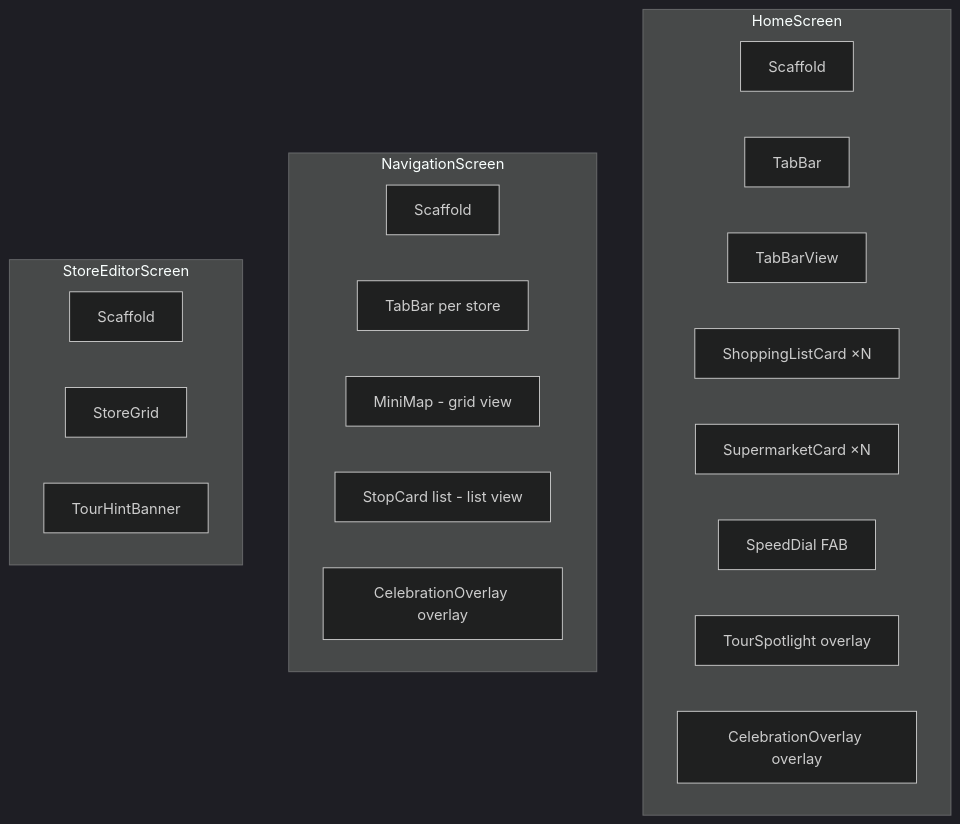
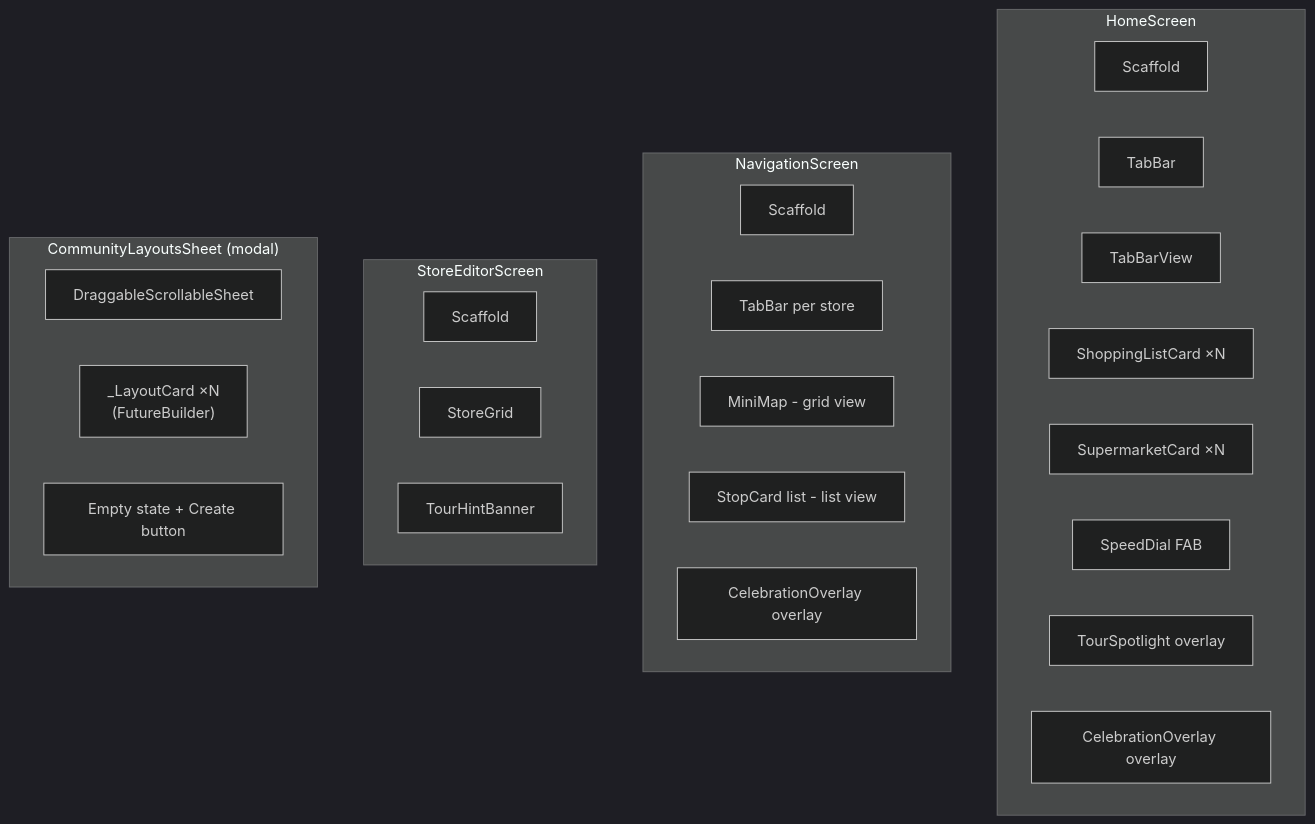
The second of 2 diagrams in docs/architecture/screens-navigation.md (danile42/fairelescourses), drawn with Mermaid (dark theme) before and after one commit. The commit also changed other lines of this file and 5 other files, not shown here.

First line of the commit message:
Update docs to cover community layouts feature

````diff
--- a/docs/architecture/screens-navigation.md
+++ b/docs/architecture/screens-navigation.md
@@ -127,27 +133,33 @@
 ```mermaid
 flowchart TD
     subgraph HomeScreen
         HS1[Scaffold]
         HS2[TabBar]
         HS3[TabBarView]
         HS4["ShoppingListCard ×N"]
         HS5["SupermarketCard ×N"]
         HS6[SpeedDial FAB]
         HS7[TourSpotlight overlay]
         HS8[CelebrationOverlay overlay]
     end
 
     subgraph NavigationScreen
         NS1[Scaffold]
         NS2[TabBar per store]
         NS3[MiniMap - grid view]
         NS4[StopCard list - list view]
         NS5[CelebrationOverlay overlay]
     end
 
     subgraph StoreEditorScreen
         SE1[Scaffold]
         SE2[StoreGrid]
         SE3[TourHintBanner]
     end
+
+    subgraph CommunityLayoutsSheet["CommunityLayoutsSheet (modal)"]
+        CL1[DraggableScrollableSheet]
+        CL2["_LayoutCard ×N\n(FutureBuilder)"]
+        CL3["Empty state + Create button"]
+    end
 ```
````
